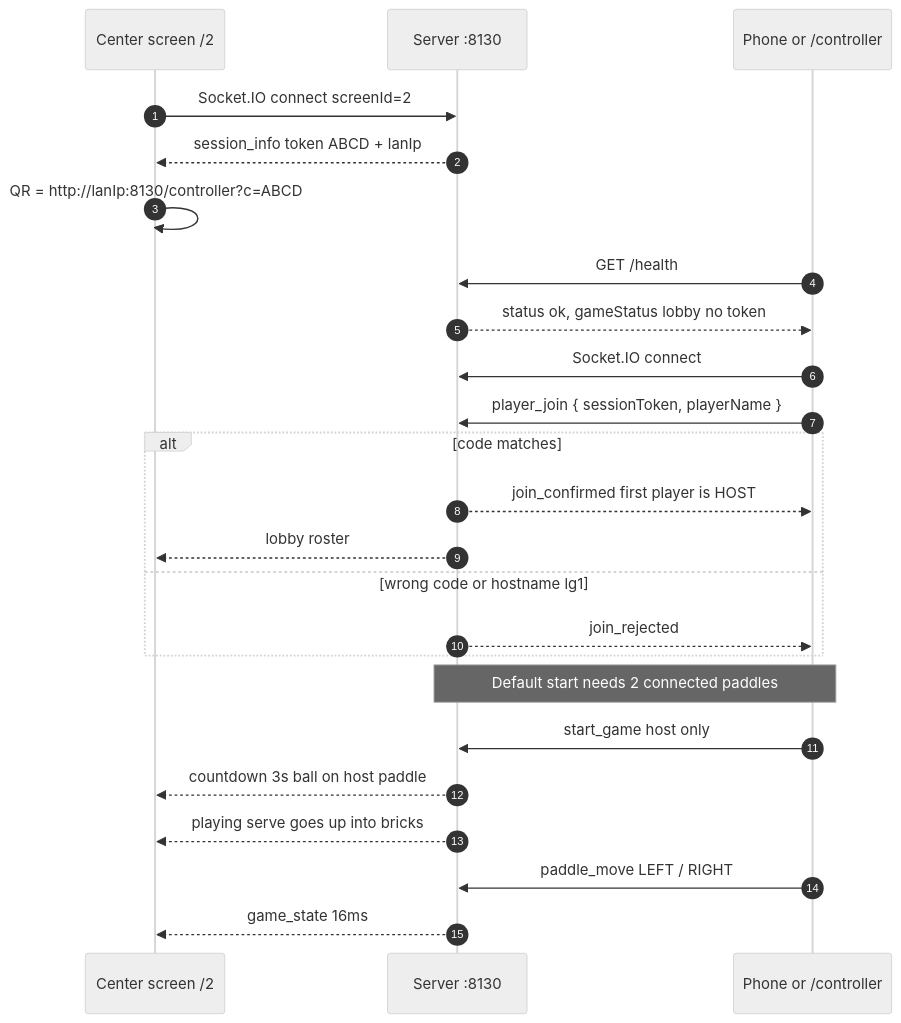
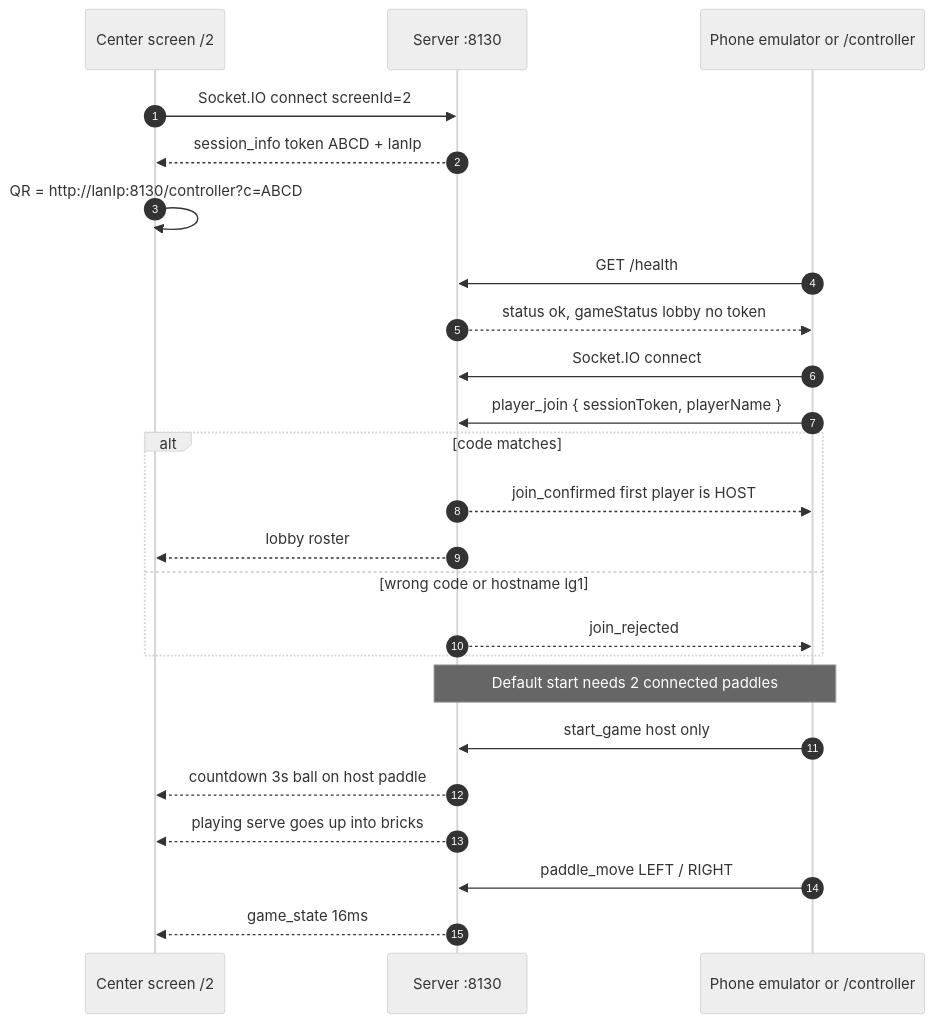
One commit to AnirudhPratapSinghYadav/LG-Arkanoid changed the second of 4 diagrams in README.md. Above: the diagram before and after it, drawn with Mermaid (neutral theme). The commit also changed other lines of this file and 29 other files, not shown here.

````diff
--- a/README.md
+++ b/README.md
@@ -58,27 +79,27 @@
 ```mermaid
 sequenceDiagram
   autonumber
   participant W as Center screen /2
   participant S as Server :8130
-  participant P as Phone or /controller
+  participant P as Phone emulator or /controller
 
   W->>S: Socket.IO connect screenId=2
   S-->>W: session_info token ABCD + lanIp
   W->>W: QR = http://lanIp:8130/controller?c=ABCD
   P->>S: GET /health
   S-->>P: status ok, gameStatus lobby no token
   P->>S: Socket.IO connect
   P->>S: player_join { sessionToken, playerName }
   alt code matches
     S-->>P: join_confirmed first player is HOST
     S-->>W: lobby roster
   else wrong code or hostname lg1
     S-->>P: join_rejected
   end
   Note over P,S: Default start needs 2 connected paddles
   P->>S: start_game host only
   S-->>W: countdown 3s ball on host paddle
   S-->>W: playing serve goes up into bricks
   P->>S: paddle_move LEFT / RIGHT
   S-->>W: game_state 16ms
 ```
````
